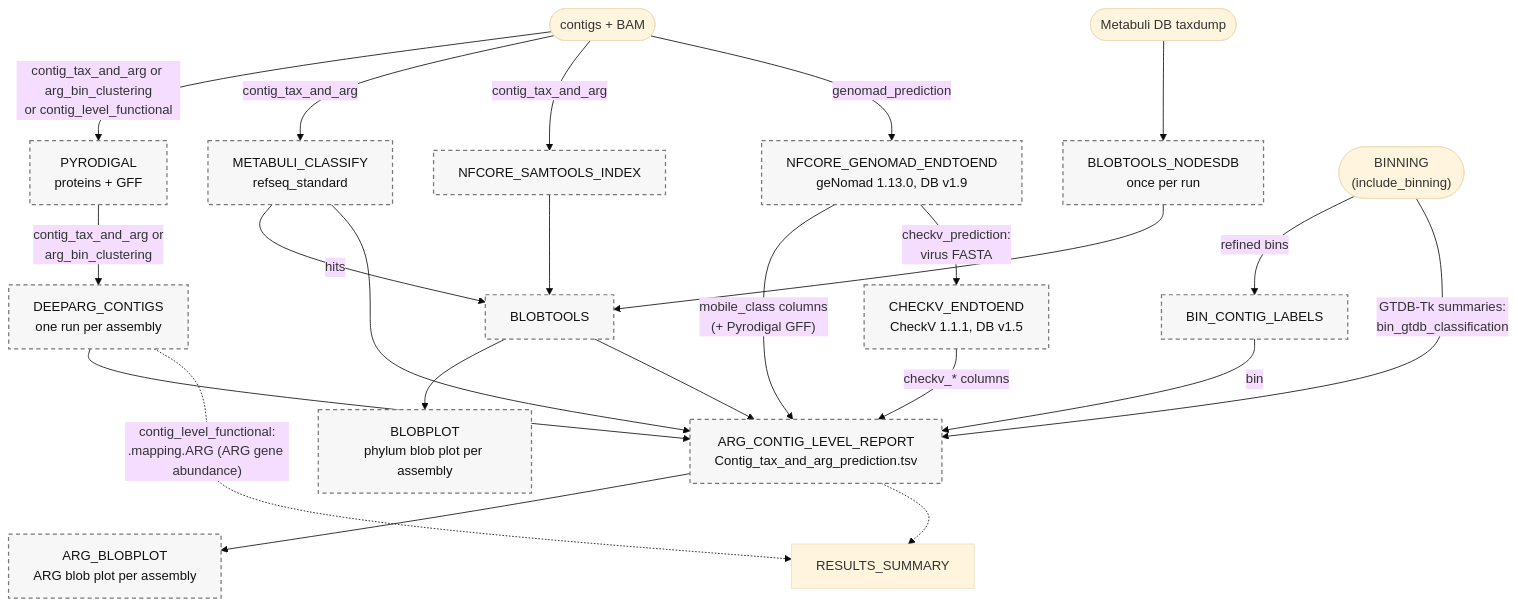
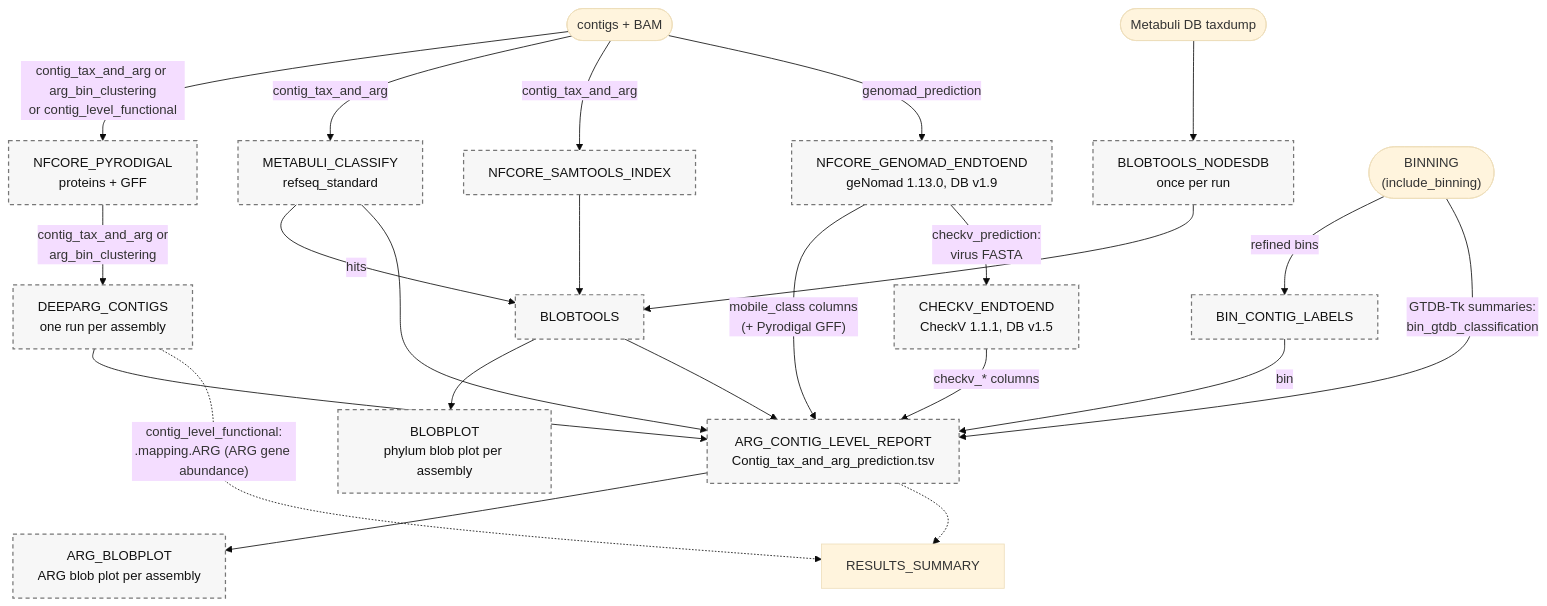
The tenth of 14 diagrams in docs/WORKFLOW_DIAGRAM.md (gene2dis/BugBuster), drawn with Mermaid (base theme) before and after one commit. The commit also changed other lines of this file and 36 other files, not shown here.

````diff
--- a/docs/WORKFLOW_DIAGRAM.md
+++ b/docs/WORKFLOW_DIAGRAM.md
@@ -394,29 +394,29 @@
 ```mermaid
 flowchart TD
-    Contigs(["contigs + BAM"]) -->|"contig_tax_and_arg or arg_bin_clustering<br/>or contig_level_functional"| PYRODIGAL["PYRODIGAL<br/>proteins + GFF"]
-    PYRODIGAL -->|"contig_tax_and_arg or<br/>arg_bin_clustering"| DEEPARG_CONTIGS["DEEPARG_CONTIGS<br/>one run per assembly"]
+    Contigs(["contigs + BAM"]) -->|"contig_tax_and_arg or arg_bin_clustering<br/>or contig_level_functional"| NFCORE_PYRODIGAL["NFCORE_PYRODIGAL<br/>proteins + GFF"]
+    NFCORE_PYRODIGAL -->|"contig_tax_and_arg or<br/>arg_bin_clustering"| DEEPARG_CONTIGS["DEEPARG_CONTIGS<br/>one run per assembly"]
 
     Contigs -->|contig_tax_and_arg| METABULI_CLASSIFY["METABULI_CLASSIFY<br/>refseq_standard"]
     Contigs -->|contig_tax_and_arg| NFCORE_SAMTOOLS_INDEX
     Taxdump(["Metabuli DB taxdump"]) --> BLOBTOOLS_NODESDB["BLOBTOOLS_NODESDB<br/>once per run"]
     METABULI_CLASSIFY -->|hits| BLOBTOOLS
     NFCORE_SAMTOOLS_INDEX --> BLOBTOOLS
     BLOBTOOLS_NODESDB --> BLOBTOOLS
     BLOBTOOLS --> BLOBPLOT["BLOBPLOT<br/>phylum blob plot per assembly"]
 
     Contigs -->|genomad_prediction| NFCORE_GENOMAD_ENDTOEND["NFCORE_GENOMAD_ENDTOEND<br/>geNomad 1.13.0, DB v1.9"]
     Bins(["BINNING<br/>(include_binning)"]) -->|refined bins| BIN_CONTIG_LABELS
     Bins -->|"GTDB-Tk summaries:<br/>bin_gtdb_classification"| ARG_CONTIG_LEVEL_REPORT
 
     DEEPARG_CONTIGS & BLOBTOOLS & METABULI_CLASSIFY --> ARG_CONTIG_LEVEL_REPORT["ARG_CONTIG_LEVEL_REPORT<br/>Contig_tax_and_arg_prediction.tsv"]
     BIN_CONTIG_LABELS -->|bin| ARG_CONTIG_LEVEL_REPORT
     NFCORE_GENOMAD_ENDTOEND -->|"mobile_class columns<br/>(+ Pyrodigal GFF)"| ARG_CONTIG_LEVEL_REPORT
     NFCORE_GENOMAD_ENDTOEND -->|"checkv_prediction:<br/>virus FASTA"| CHECKV_ENDTOEND["CHECKV_ENDTOEND<br/>CheckV 1.1.1, DB v1.5"]
     CHECKV_ENDTOEND -->|"checkv_* columns"| ARG_CONTIG_LEVEL_REPORT
     ARG_CONTIG_LEVEL_REPORT --> ARG_BLOBPLOT["ARG_BLOBPLOT<br/>ARG blob plot per assembly"]
     ARG_CONTIG_LEVEL_REPORT -.-> RESULTS_SUMMARY
     DEEPARG_CONTIGS -.->|"contig_level_functional:<br/>.mapping.ARG (ARG gene abundance)"| RESULTS_SUMMARY
 
     classDef opt fill:#F7F7F7,stroke:#777,stroke-width:1.5px,stroke-dasharray:5 4,color:#111
-    class PYRODIGAL,DEEPARG_CONTIGS,METABULI_CLASSIFY,NFCORE_SAMTOOLS_INDEX,BLOBTOOLS_NODESDB,BLOBTOOLS,BLOBPLOT,NFCORE_GENOMAD_ENDTOEND,CHECKV_ENDTOEND,BIN_CONTIG_LABELS,ARG_CONTIG_LEVEL_REPORT,ARG_BLOBPLOT opt
+    class NFCORE_PYRODIGAL,DEEPARG_CONTIGS,METABULI_CLASSIFY,NFCORE_SAMTOOLS_INDEX,BLOBTOOLS_NODESDB,BLOBTOOLS,BLOBPLOT,NFCORE_GENOMAD_ENDTOEND,CHECKV_ENDTOEND,BIN_CONTIG_LABELS,ARG_CONTIG_LEVEL_REPORT,ARG_BLOBPLOT opt
 ```
````
